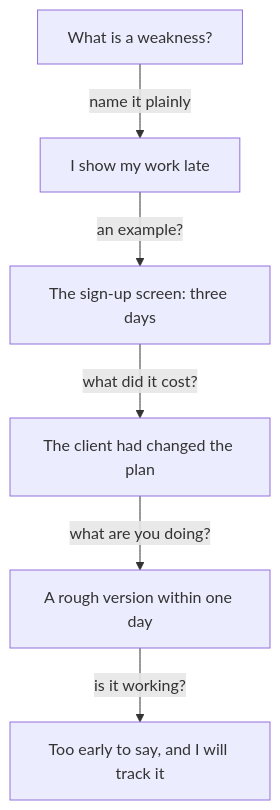
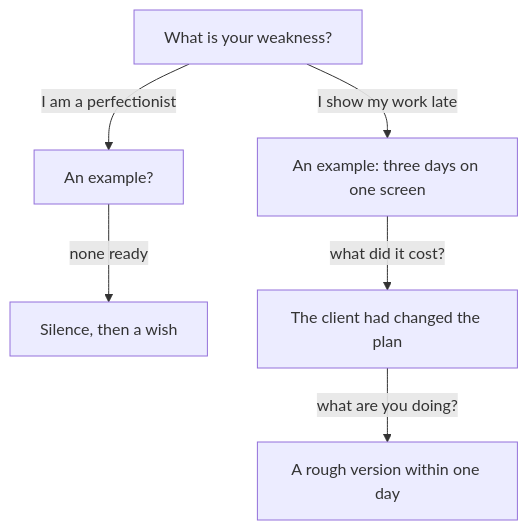
One commit to devweekends/Buildment changed the diagram in courses/founder-interviews/06-strengths-weaknesses-and-how-you-come-across/06.03-a-real-weakness-with-a-plan.md. Above: the diagram before and after it, drawn with Mermaid. The commit also changed other lines of this file and 11 other files, not shown here.

````diff
--- a/courses/founder-interviews/06-strengths-weaknesses-and-how-you-come-across/06.03-a-real-weakness-with-a-plan.md
+++ b/courses/founder-interviews/06-strengths-weaknesses-and-how-you-come-across/06.03-a-real-weakness-with-a-plan.md
@@ -91,8 +93,8 @@
 ```mermaid
 flowchart TD
-  A["What is a weakness?"] -->|"name it plainly"| B["I show my work late"]
-  B -->|"an example?"| C["The sign-up screen: three days"]
-  C -->|"what did it cost?"| D["The client had changed the plan"]
-  D -->|"what are you doing?"| E["A rough version within one day"]
-  E -->|"is it working?"| F["Too early to say, and I will track it"]
+  A["What is your weakness?"] -->|"I am a perfectionist"| B["An example?"]
+  B -->|"none ready"| C["Silence, then a wish"]
+  A -->|"I show my work late"| D["An example: three days on one screen"]
+  D -->|"what did it cost?"| E["The client had changed the plan"]
+  E -->|"what are you doing?"| F["A rough version within one day"]
 ```
````
